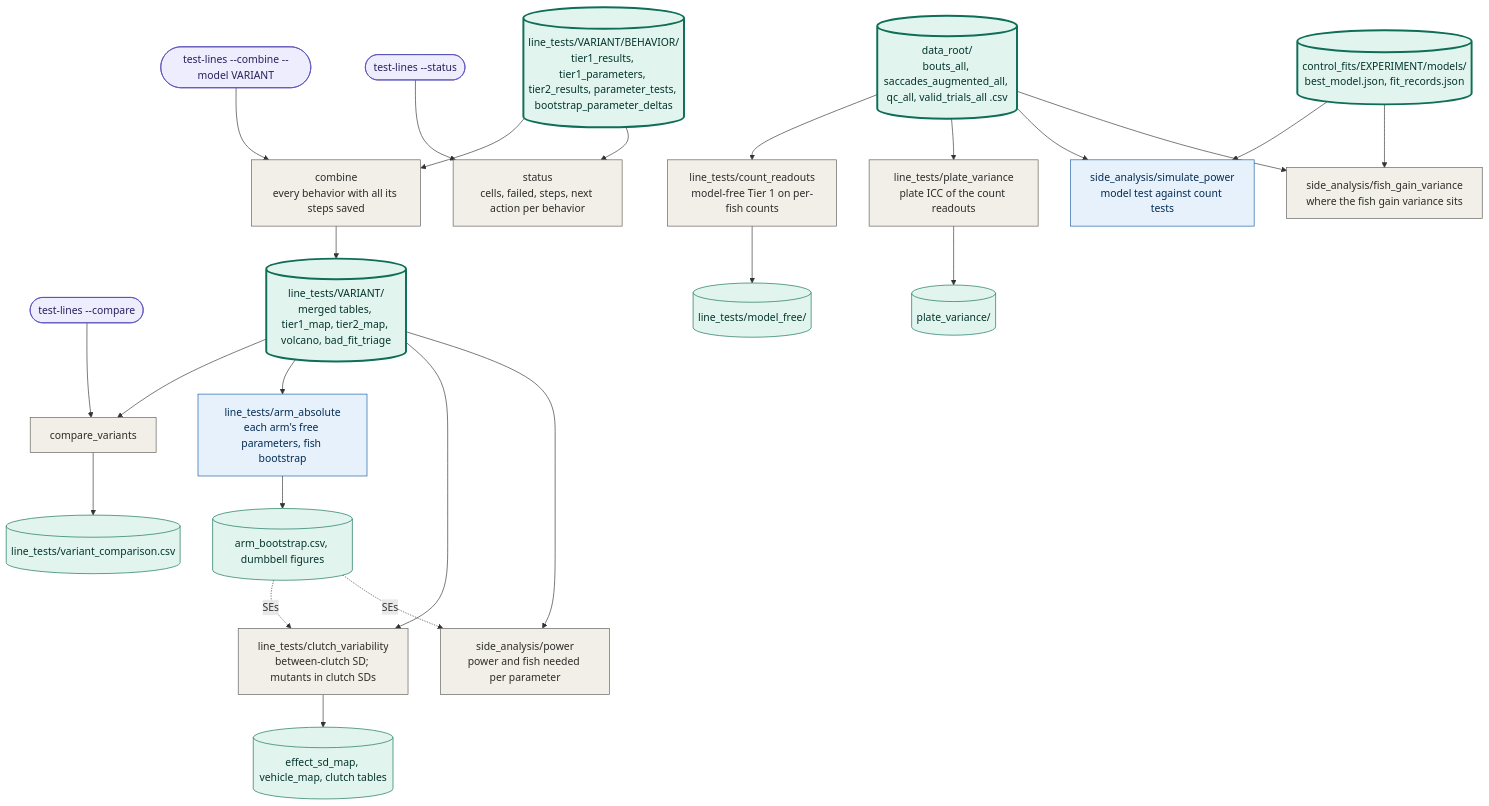
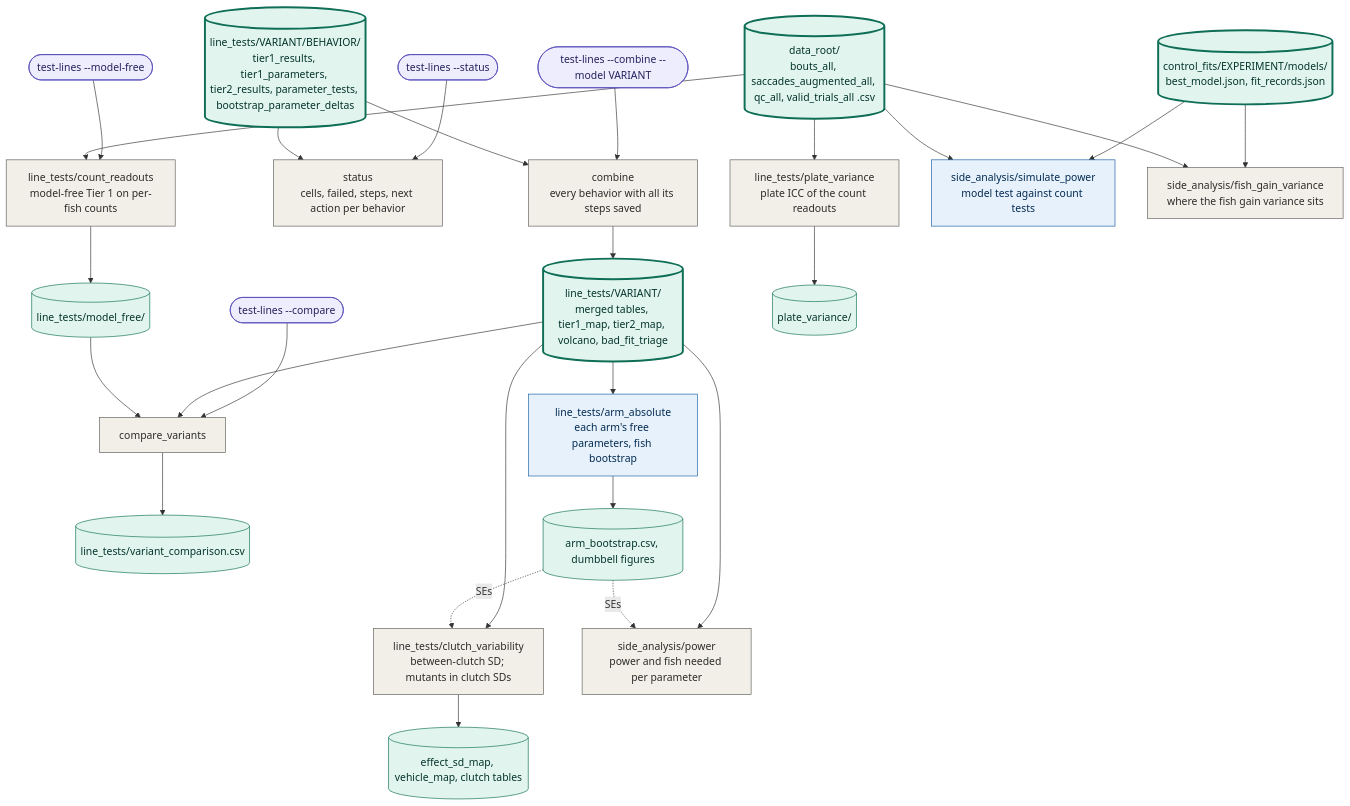
One commit to ElTinmar/BehaviorScreen changed the sixth of 7 diagrams in docs/pipeline.md. Above: the diagram before and after it, drawn with Mermaid. The commit also changed other lines of this file and 4 other files, not shown here.

Commit message:
integrate model free

````diff
--- a/docs/pipeline.md
+++ b/docs/pipeline.md
@@ -312,56 +313,59 @@
 ```mermaid
 %% stage: Merged results and follow-ups
 %% shared: merged control_fits behavior_tables line_results
 flowchart TD
   combine_cmd(["test-lines --combine --model VARIANT"]):::cmd
   status_cmd(["test-lines --status"]):::cmd
   compare_cmd(["test-lines --compare"]):::cmd
+  model_free_cmd(["test-lines --model-free"]):::cmd
   behavior_tables[("line_tests/VARIANT/BEHAVIOR/<br>tier1_results, tier1_parameters, tier2_results, parameter_tests, bootstrap_parameter_deltas")]:::shared
   merged[("data_root/<br>bouts_all, saccades_augmented_all, qc_all, valid_trials_all .csv")]:::shared
   control_fits[("control_fits/EXPERIMENT/models/<br>best_model.json, fit_records.json")]:::shared
   combine["combine<br>every behavior with all its steps saved"]:::step
   line_results[("line_tests/VARIANT/<br>merged tables, tier1_map, tier2_map, volcano, bad_fit_triage")]:::shared
   status["status<br>cells, failed, steps, next action per behavior"]:::step
   compare["compare_variants"]:::step
   compare_out[("line_tests/variant_comparison.csv")]:::data
   arm_absolute["line_tests/arm_absolute<br>each arm's free parameters, fish bootstrap"]:::par
   arm_out[("arm_bootstrap.csv, dumbbell figures")]:::data
   clutch["line_tests/clutch_variability<br>between-clutch SD; mutants in clutch SDs"]:::step
   clutch_out[("effect_sd_map, vehicle_map, clutch tables")]:::data
   power["side_analysis/power<br>power and fish needed per parameter"]:::step
   counts["line_tests/count_readouts<br>model-free Tier 1 on per-fish counts"]:::step
   counts_out[("line_tests/model_free/")]:::data
   plate_var["line_tests/plate_variance<br>plate ICC of the count readouts"]:::step
   plate_out[("plate_variance/")]:::data
   sim_power["side_analysis/simulate_power<br>model test against count tests"]:::par
   gain_var["side_analysis/fish_gain_variance<br>where the fish gain variance sits"]:::step
   combine_cmd --> combine
   behavior_tables --> combine
   combine --> line_results
   status_cmd --> status
   behavior_tables --> status
   compare_cmd --> compare
   line_results --> compare
   compare --> compare_out
   line_results --> arm_absolute
   arm_absolute --> arm_out
   line_results --> clutch
   arm_out -.->|SEs| clutch
   clutch --> clutch_out
   line_results --> power
   arm_out -.->|SEs| power
+  model_free_cmd --> counts
   merged --> counts
   counts --> counts_out
+  counts_out --> compare
   merged --> plate_var
   plate_var --> plate_out
   control_fits --> sim_power
   merged --> sim_power
   control_fits --> gain_var
   merged --> gain_var
   classDef cmd fill:#EEEDFE,stroke:#534AB7,color:#26215C
   classDef step fill:#F1EFE8,stroke:#5F5E5A,color:#2C2C2A
   classDef par fill:#E6F1FB,stroke:#185FA5,color:#042C53
   classDef data fill:#E1F5EE,stroke:#0F6E56,color:#04342C
   classDef shared fill:#E1F5EE,stroke:#0F6E56,color:#04342C,stroke-width:3px
   classDef config fill:#FAEEDA,stroke:#854F0B,color:#412402
 ```
````
